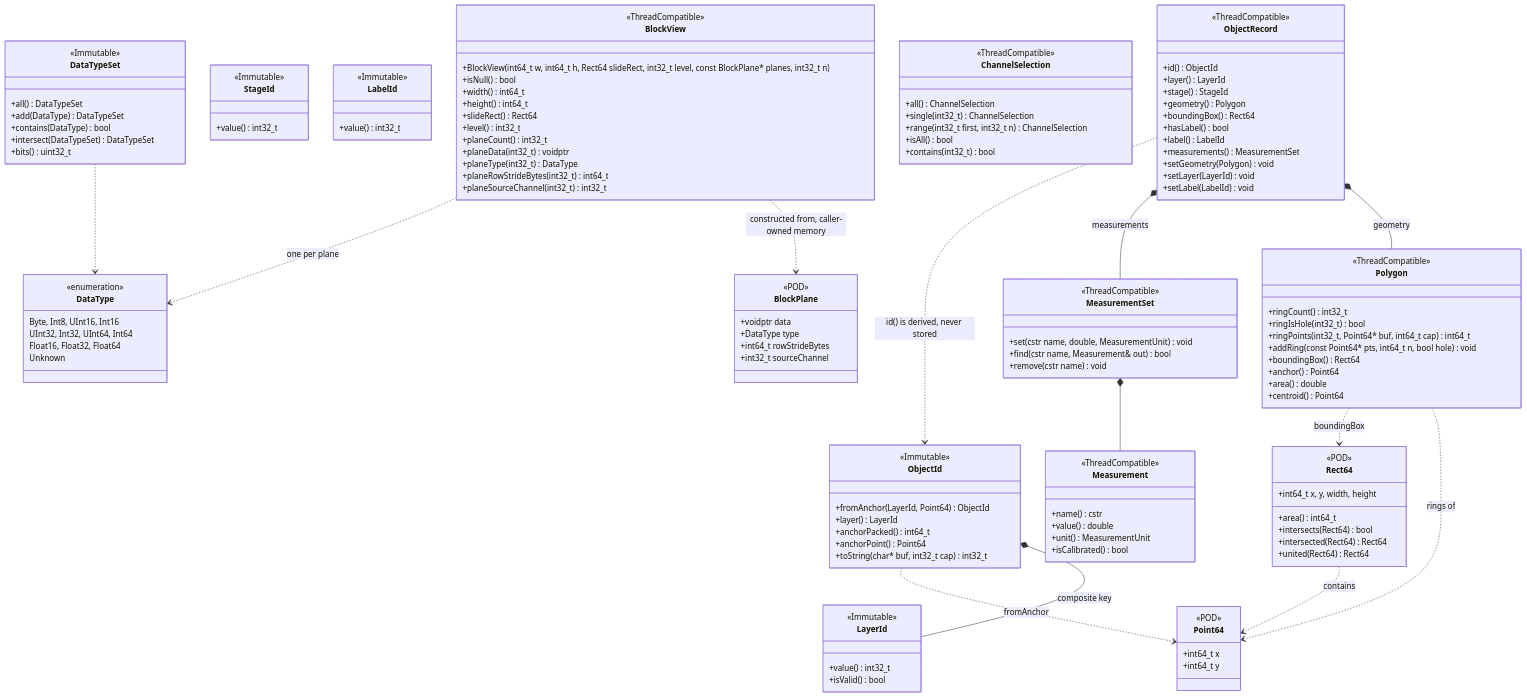
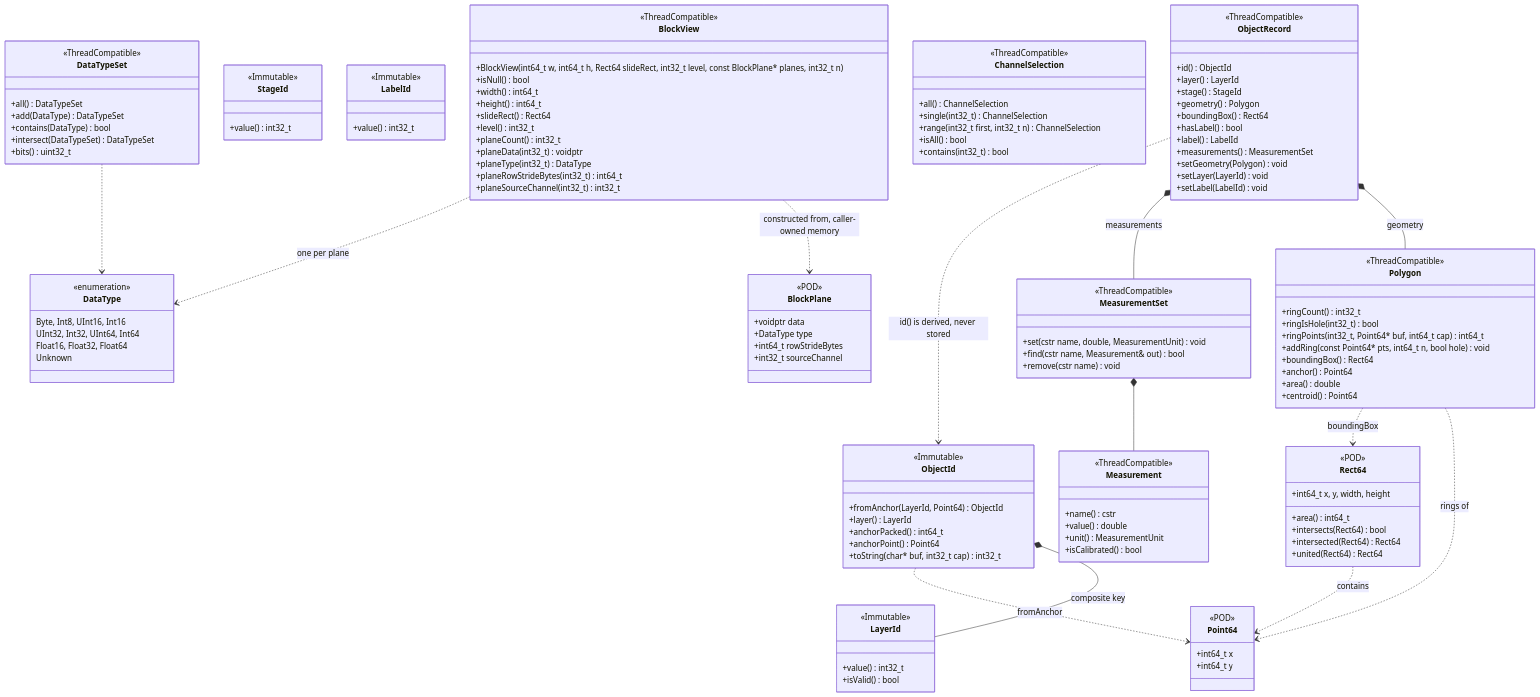
Before and after one commit to Booritas/slideio-processor: the second of 14 diagrams in docs/superpowers/specs/sds/08-class-diagrams.md, drawn with Mermaid. The commit also changed other lines of this file and 5 other files, not shown here.

```diff
--- a/docs/superpowers/specs/sds/08-class-diagrams.md
+++ b/docs/superpowers/specs/sds/08-class-diagrams.md
@@ -116,7 +116,7 @@
     }
 
     class DataTypeSet {
-        <<Immutable>>
+        <<ThreadCompatible>>
         +all() DataTypeSet
         +add(DataType) DataTypeSet
         +contains(DataType) bool
```
